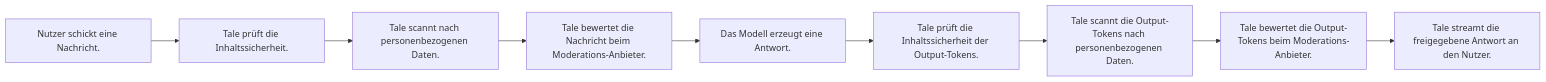
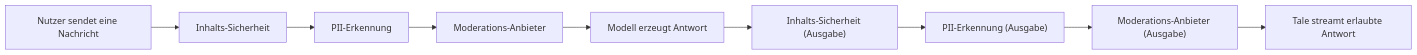
Before and after one commit to tale-project/tale: the diagram in docs/de/platform/admin/governance.md, drawn with Mermaid. The commit also changed other lines of this file and 329 other files, not shown here.

````diff
--- a/docs/de/platform/admin/governance.md
+++ b/docs/de/platform/admin/governance.md
@@ -46,11 +54,11 @@
 ```mermaid
 flowchart LR
-  user["Nutzer schickt eine Nachricht."] --> chatFilter["Tale prüft die Inhaltssicherheit."]
-  chatFilter --> pii["Tale scannt nach personenbezogenen Daten."]
-  pii --> moderation["Tale bewertet die Nachricht beim Moderations-Anbieter."]
-  moderation --> model["Das Modell erzeugt eine Antwort."]
-  model --> outChatFilter["Tale prüft die Inhaltssicherheit der Output-Tokens."]
-  outChatFilter --> outPii["Tale scannt die Output-Tokens nach personenbezogenen Daten."]
-  outPii --> outModeration["Tale bewertet die Output-Tokens beim Moderations-Anbieter."]
-  outModeration --> reply["Tale streamt die freigegebene Antwort an den Nutzer."]
+  user["Nutzer sendet eine Nachricht"] --> chatFilter["Inhalts-Sicherheit"]
+  chatFilter --> pii["PII-Erkennung"]
+  pii --> moderation["Moderations-Anbieter"]
+  moderation --> model["Modell erzeugt Antwort"]
+  model --> outChatFilter["Inhalts-Sicherheit (Ausgabe)"]
+  outChatFilter --> outPii["PII-Erkennung (Ausgabe)"]
+  outPii --> outModeration["Moderations-Anbieter (Ausgabe)"]
+  outModeration --> reply["Tale streamt erlaubte Antwort"]
 ```
````
